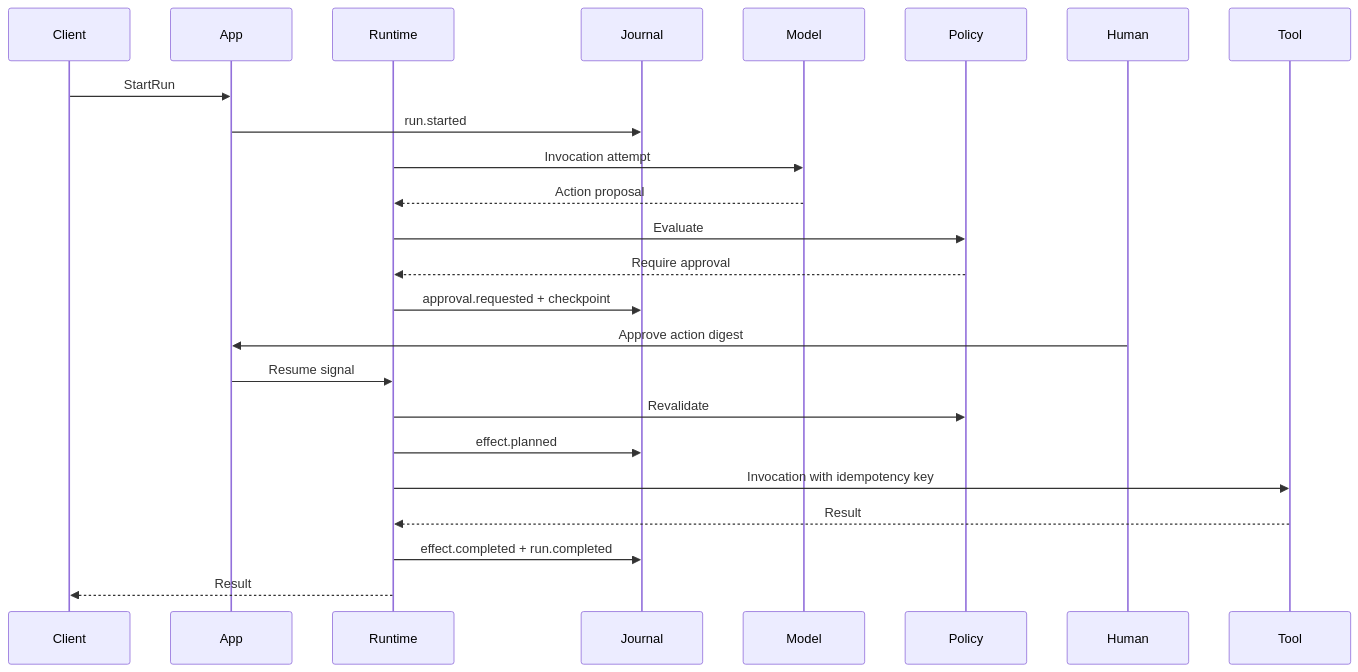
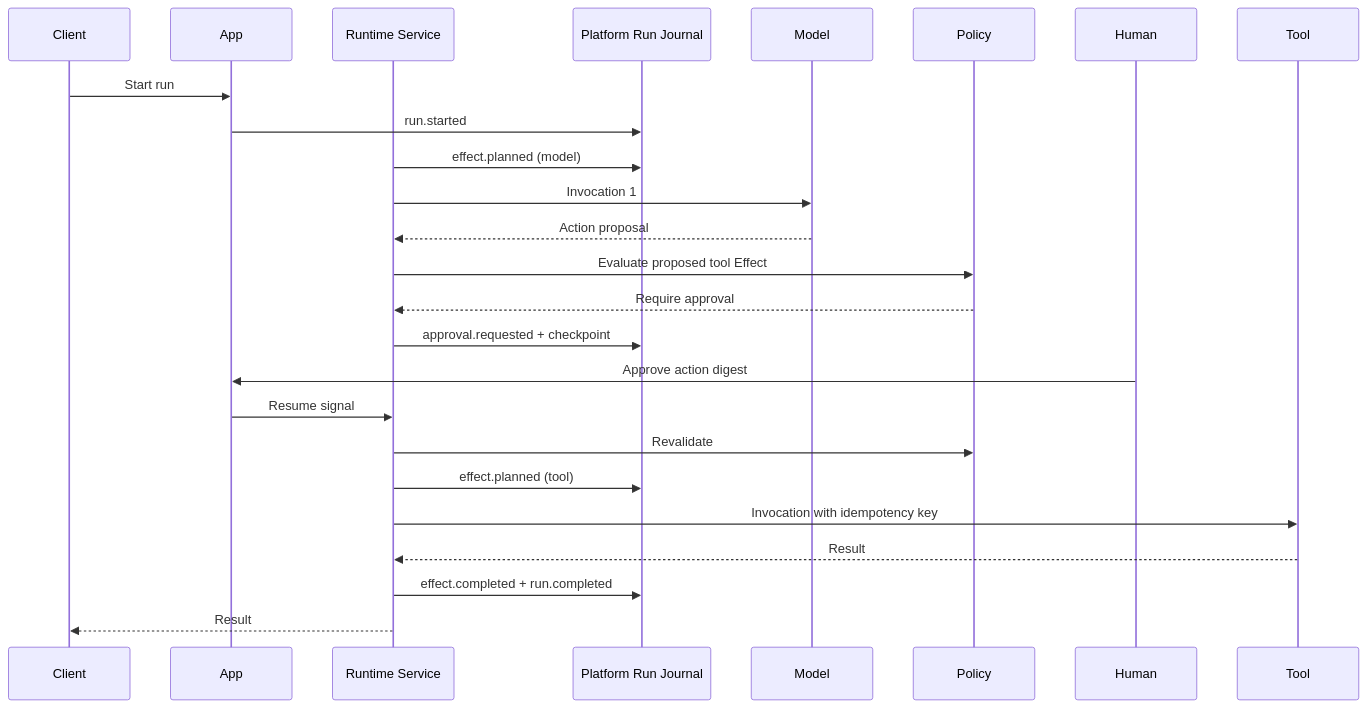
Before and after one commit to thaithienvanid/agentic-reference-architecture: the seventh of 15 diagrams in diagrams/index.mdx, drawn with Mermaid. The commit also changed other lines of this file, not shown here.

Commit message:
align diagram pack with canonical documentation and runtime model

````diff
--- a/diagrams/index.mdx
+++ b/diagrams/index.mdx
@@ -95,26 +100,28 @@
 ```mermaid
 sequenceDiagram
   participant Client
   participant App
-  participant Runtime
-  participant Journal
+  participant Runtime as Runtime Service
+  participant Journal as Platform Run Journal
   participant Model
   participant Policy
   participant Human
   participant Tool
-  Client->>App: StartRun
+
+  Client->>App: Start run
   App->>Journal: run.started
-  Runtime->>Model: Invocation attempt
+  Runtime->>Journal: effect.planned (model)
+  Runtime->>Model: Invocation 1
   Model-->>Runtime: Action proposal
-  Runtime->>Policy: Evaluate
+  Runtime->>Policy: Evaluate proposed tool Effect
   Policy-->>Runtime: Require approval
   Runtime->>Journal: approval.requested + checkpoint
   Human->>App: Approve action digest
   App->>Runtime: Resume signal
   Runtime->>Policy: Revalidate
-  Runtime->>Journal: effect.planned
+  Runtime->>Journal: effect.planned (tool)
   Runtime->>Tool: Invocation with idempotency key
   Tool-->>Runtime: Result
   Runtime->>Journal: effect.completed + run.completed
   Runtime-->>Client: Result
 ```
````
